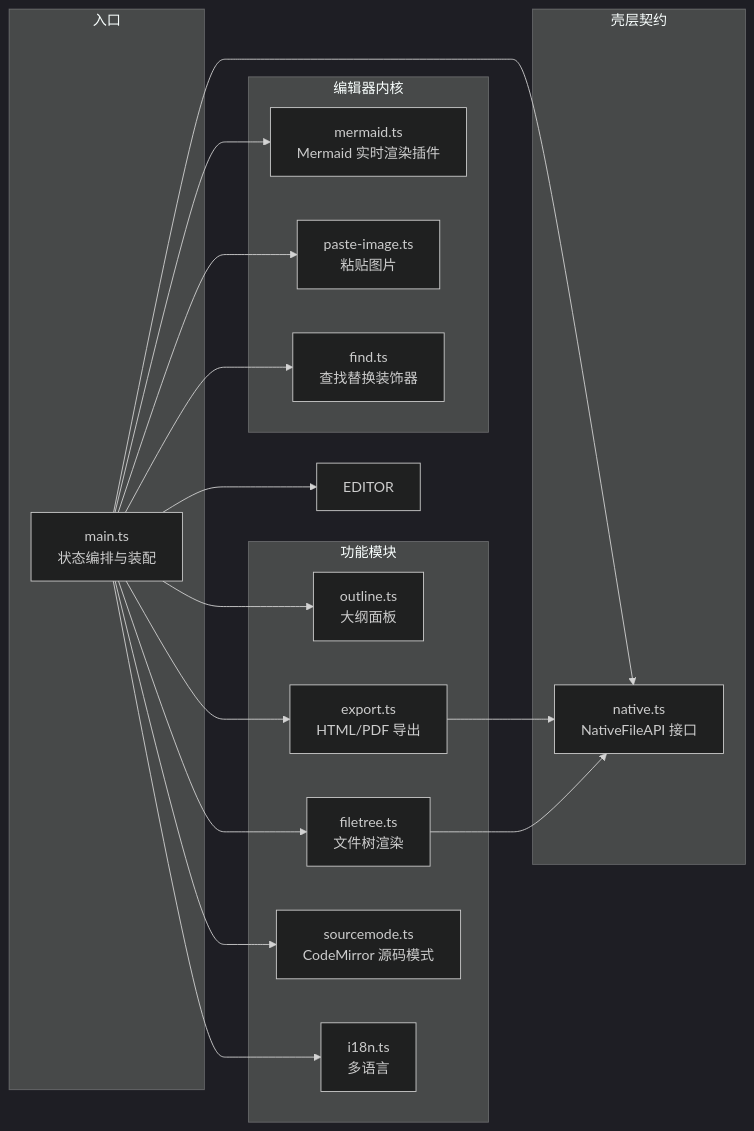
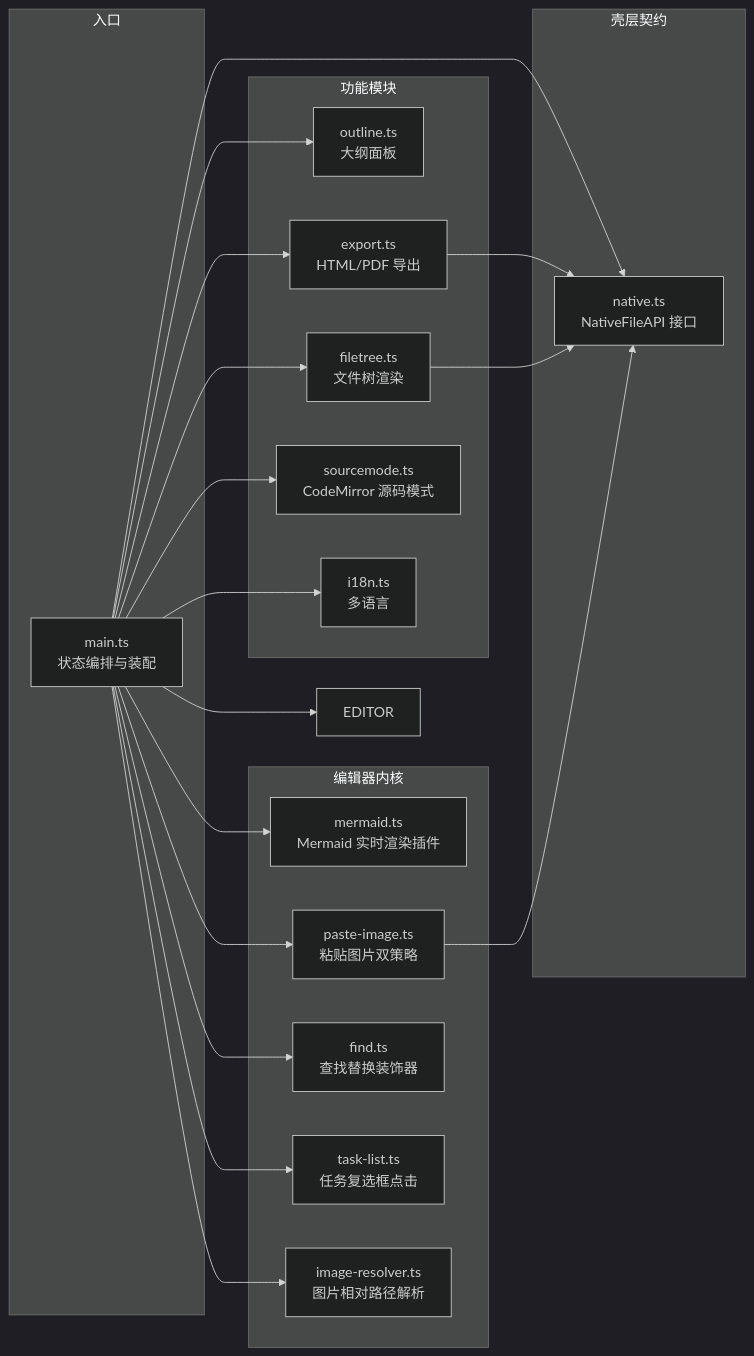
One commit to ChiangyangNPU/for-mark changed the third of 4 diagrams in docs/架构设计.md. Above: the diagram before and after it, drawn with Mermaid (dark theme). The commit also changed other lines of this file and 2 other files, not shown here.

````diff
--- a/docs/架构设计.md
+++ b/docs/架构设计.md
@@ -85,37 +85,42 @@
 ```mermaid
 flowchart LR
     subgraph 入口
         MAIN[main.ts<br/>状态编排与装配]
     end
 
     subgraph 编辑器内核
         MERMAID[mermaid.ts<br/>Mermaid 实时渲染插件]
-        PASTE[paste-image.ts<br/>粘贴图片]
+        PASTE[paste-image.ts<br/>粘贴图片双策略]
         FIND[find.ts<br/>查找替换装饰器]
+        TASK[task-list.ts<br/>任务复选框点击]
+        IMGRES[image-resolver.ts<br/>图片相对路径解析]
     end
 
     subgraph 功能模块
         OUTLINE[outline.ts<br/>大纲面板]
         TREE[filetree.ts<br/>文件树渲染]
         EX[export.ts<br/>HTML/PDF 导出]
         SRC[sourcemode.ts<br/>CodeMirror 源码模式]
         I18N[i18n.ts<br/>多语言]
     end
 
     subgraph 壳层契约
         NATIVE[native.ts<br/>NativeFileAPI 接口]
     end
 
     MAIN --> EDITOR
     MAIN --> MERMAID
     MAIN --> PASTE
     MAIN --> FIND
+    MAIN --> TASK
+    MAIN --> IMGRES
     MAIN --> OUTLINE
     MAIN --> TREE
     MAIN --> EX
     MAIN --> SRC
     MAIN --> I18N
     MAIN --> NATIVE
     EX --> NATIVE
     TREE --> NATIVE
+    PASTE --> NATIVE
 ```
````
